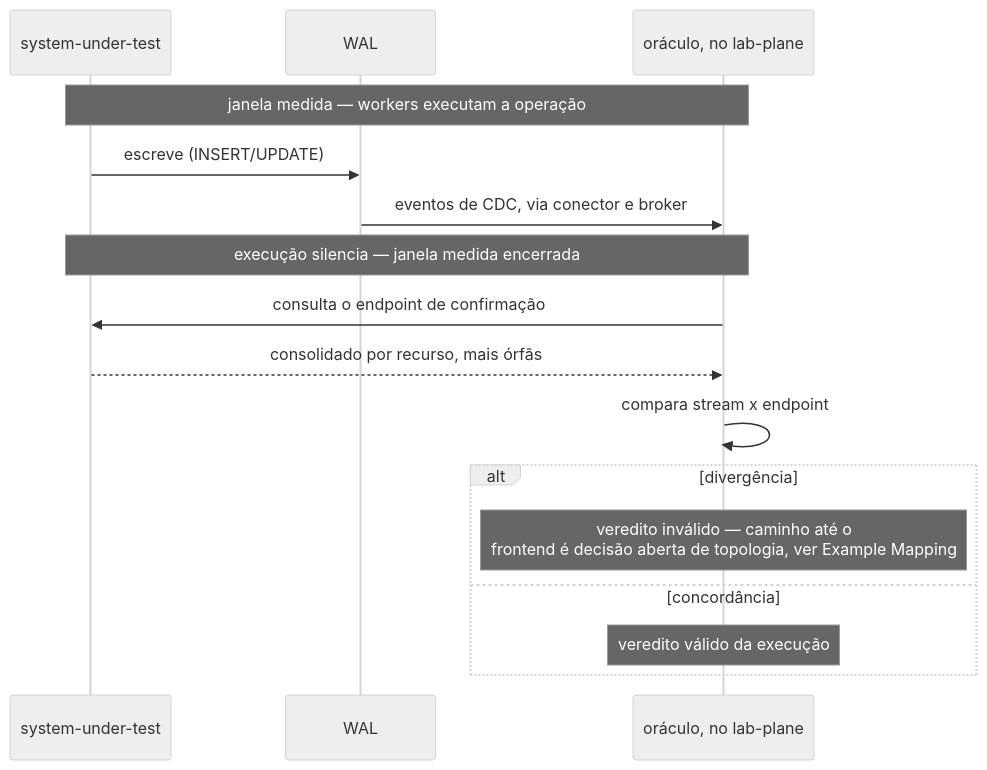
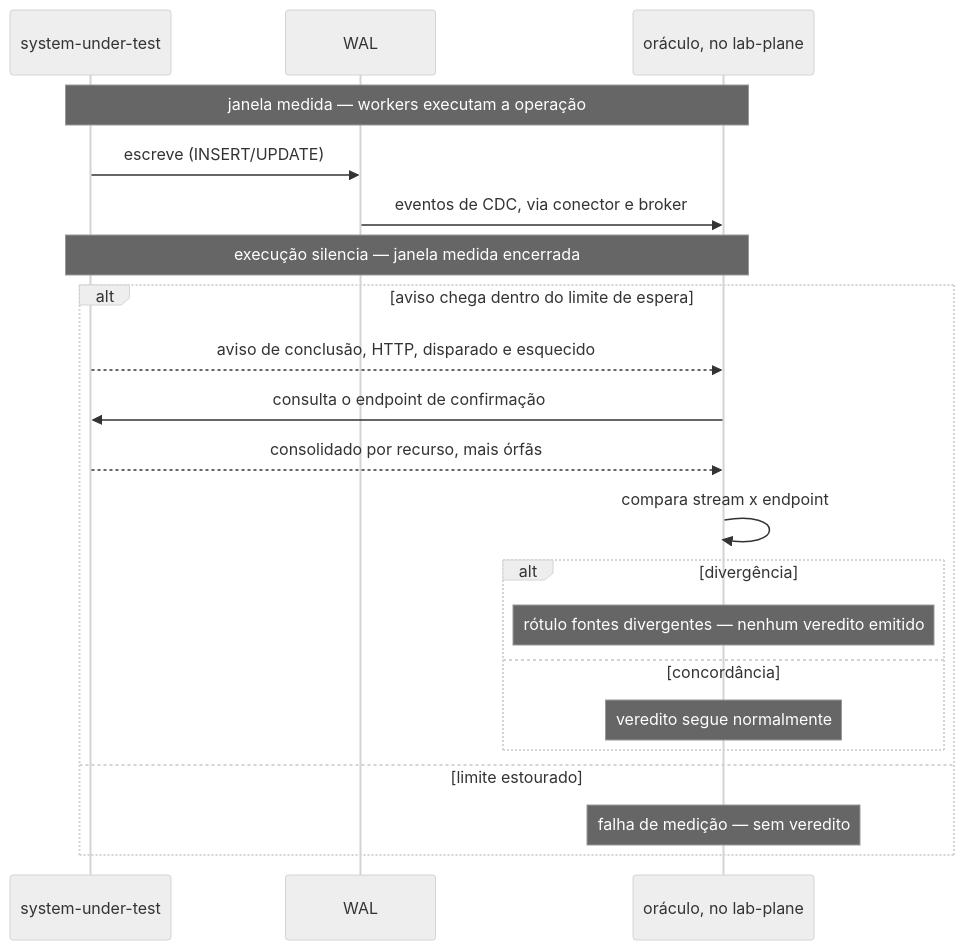
The first of 2 diagrams in docs/features/deteccao-de-divergencia-entre-fontes/feature-card.md (da0hn/distributed-systems-experiment-lab), drawn with Mermaid (neutral theme) before and after one commit. The commit also changed other lines of this file and 3 other files, not shown here.

First line of the commit message:
docs(divergencia): Acrescenta duas regras e fixa o caminho do rótulo

````diff
--- a/docs/features/deteccao-de-divergencia-entre-fontes/feature-card.md
+++ b/docs/features/deteccao-de-divergencia-entre-fontes/feature-card.md
@@ -27,18 +30,23 @@
 ```mermaid
 sequenceDiagram
     participant SUT as system-under-test
     participant W as WAL
     participant OR as oráculo, no lab-plane
     Note over SUT,OR: janela medida — workers executam a operação
     SUT->>W: escreve (INSERT/UPDATE)
     W->>OR: eventos de CDC, via conector e broker
     Note over SUT,OR: execução silencia — janela medida encerrada
-    OR->>SUT: consulta o endpoint de confirmação
-    SUT-->>OR: consolidado por recurso, mais órfãs
-    OR->>OR: compara stream x endpoint
-    alt divergência
-        Note over OR: veredito inválido — caminho até o<br/>frontend é decisão aberta de topologia, ver Example Mapping
-    else concordância
-        Note over OR: veredito válido da execução
+    alt aviso chega dentro do limite de espera
+        SUT-->>OR: aviso de conclusão, HTTP, disparado e esquecido
+        OR->>SUT: consulta o endpoint de confirmação
+        SUT-->>OR: consolidado por recurso, mais órfãs
+        OR->>OR: compara stream x endpoint
+        alt divergência
+            Note over OR: rótulo fontes divergentes — nenhum veredito emitido
+        else concordância
+            Note over OR: veredito segue normalmente
+        end
+    else limite estourado
+        Note over OR: falha de medição — sem veredito
     end
 ```
````
